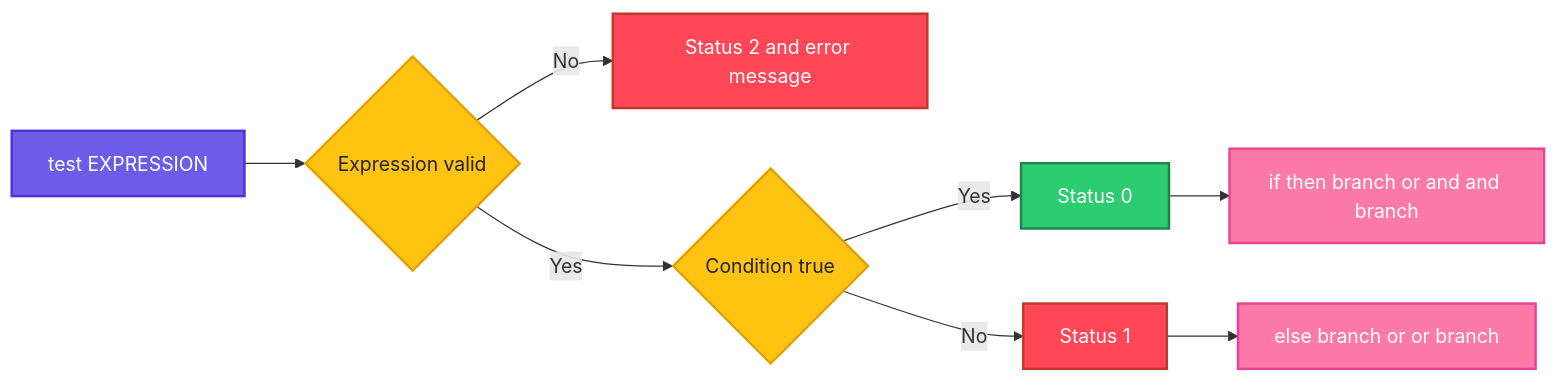
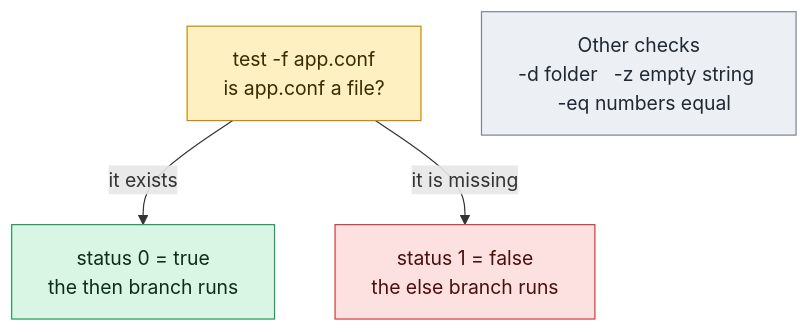
One commit to codeKerdosTech/DevOps-Documentation changed the diagram in linux/shell-basics/test.md. Above: the diagram before and after it, drawn with Mermaid. The commit also changed other lines of this file and 165 other files, not shown here.

Commit message:
updated diagrams in linux

````diff
--- a/linux/shell-basics/test.md
+++ b/linux/shell-basics/test.md
@@ -17,22 +17,15 @@
 ```mermaid
-flowchart LR
-    A[test EXPRESSION] --> B{Expression valid}
-    B -->|No| C[Status 2 and error message]
-    B -->|Yes| D{Condition true}
-    D -->|Yes| E[Status 0]
-    D -->|No| F[Status 1]
-    E --> G[if then branch or and and branch]
-    F --> H[else branch or or branch]
-    classDef start fill:#6C5CE7,stroke:#4834D4,stroke-width:2px,color:#fff
-    classDef proc fill:#00B8D9,stroke:#0087A8,stroke-width:2px,color:#fff
-    classDef dec fill:#FFC312,stroke:#E1A100,stroke-width:2px,color:#222
-    classDef ok fill:#2ECC71,stroke:#1E8449,stroke-width:2px,color:#fff
-    classDef err fill:#FF4757,stroke:#C0392B,stroke-width:2px,color:#fff
-    classDef out fill:#FD79A8,stroke:#E84393,stroke-width:2px,color:#fff
-    classDef alt fill:#FF9F43,stroke:#E67E22,stroke-width:2px,color:#fff
-    class A start
-    class B,D dec
-    class C,F err
-    class E ok
-    class G,H out
+flowchart TD
+    c1[test -f app.conf<br/>is app.conf a file?] -->|it exists| o1[status 0 = true<br/>the then branch runs]
+    c1 -->|it is missing| x1[status 1 = false<br/>the else branch runs]
+    n1[Other checks<br/>-d folder   -z empty string   -eq numbers equal]
+    classDef inp fill:#DCEBFF,stroke:#2F6FDE,color:#10213F
+    classDef cmd fill:#FFF0C2,stroke:#C98A00,color:#3A2A00
+    classDef out fill:#D9F5E3,stroke:#1F9D55,color:#0B2E1A
+    classDef bad fill:#FDE0E0,stroke:#D13B3B,color:#4A0F0F
+    classDef note fill:#ECEFF3,stroke:#7B8794,color:#1F2933
+    class c1 cmd
+    class o1 out
+    class x1 bad
+    class n1 note
 ```
````
